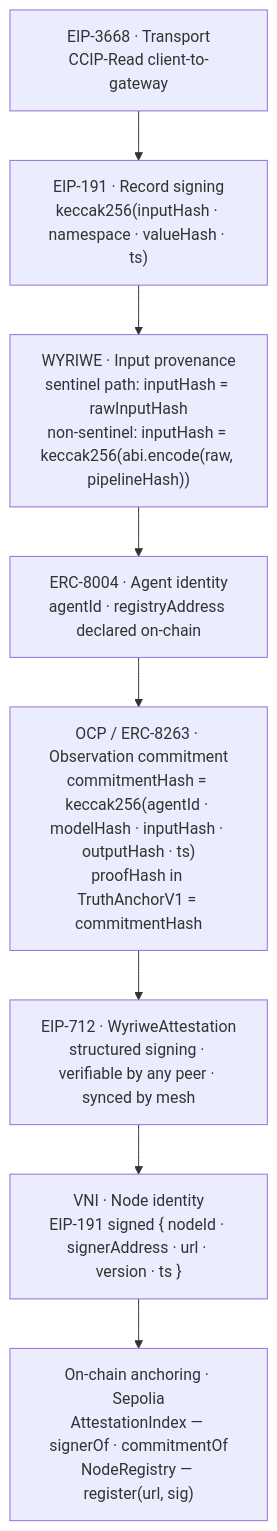
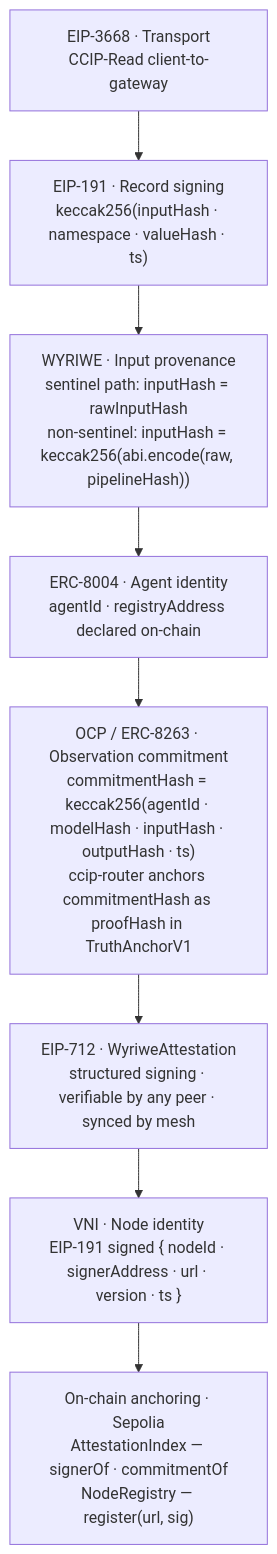
The third of 3 diagrams in README.md (trustless-ai/ccip-router), drawn with Mermaid before and after one commit. The commit also changed other lines of this file and 13 other files, not shown here.

````diff
--- a/README.md
+++ b/README.md
@@ -105,13 +105,13 @@
 ```mermaid
 graph TB
     T["EIP-3668 · Transport\nCCIP-Read client-to-gateway"]
     S["EIP-191 · Record signing\nkeccak256(inputHash · namespace · valueHash · ts)"]
     W["WYRIWE · Input provenance\nsentinel path: inputHash = rawInputHash\nnon-sentinel: inputHash = keccak256(abi.encode(raw, pipelineHash))"]
     I["ERC-8004 · Agent identity\nagentId · registryAddress declared on-chain"]
-    O["OCP / ERC-8263 · Observation commitment\ncommitmentHash = keccak256(agentId · modelHash · inputHash · outputHash · ts)\nproofHash in TruthAnchorV1 = commitmentHash"]
+    O["OCP / ERC-8263 · Observation commitment\ncommitmentHash = keccak256(agentId · modelHash · inputHash · outputHash · ts)\nccip-router anchors commitmentHash as proofHash in TruthAnchorV1"]
     A["EIP-712 · WyriweAttestation\nstructured signing · verifiable by any peer · synced by mesh"]
     V["VNI · Node identity\nEIP-191 signed { nodeId · signerAddress · url · version · ts }"]
     C["On-chain anchoring · Sepolia\nAttestationIndex — signerOf · commitmentOf\nNodeRegistry — register(url, sig)"]
 
     T --> S --> W --> I --> O --> A --> V --> C
 ```
````
